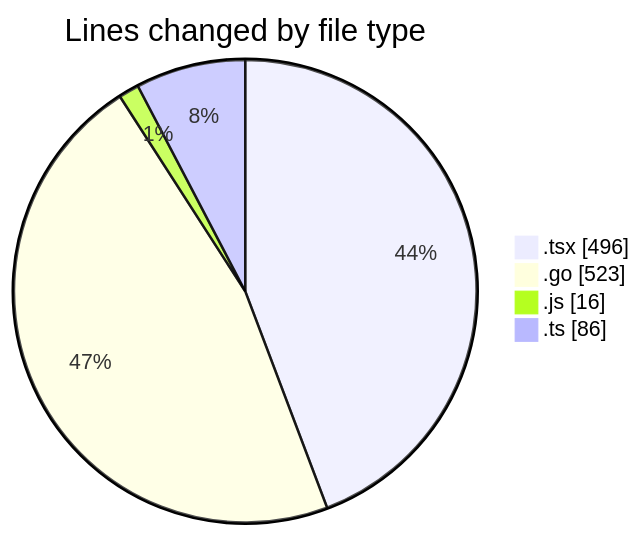
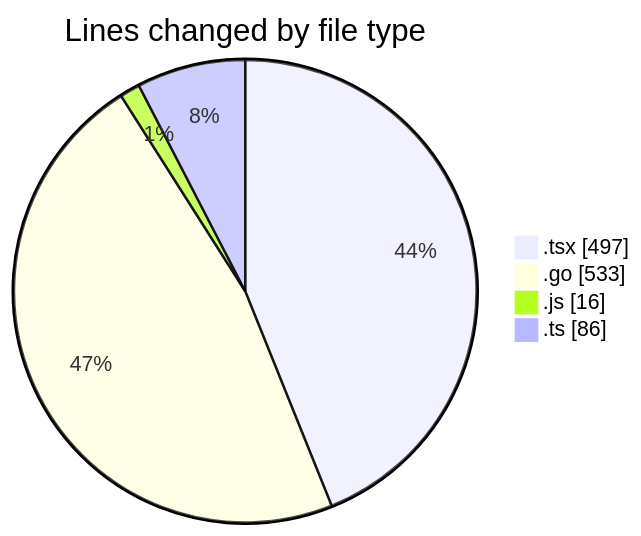
The first of 2 diagrams in 2025-03-04/termonied_testador/README.md (robertbonfada/code-tracking), drawn with Mermaid before and after one commit. The commit also changed other lines of this file and 1 other file, not shown here.

````diff
--- a/2025-03-04/termonied_testador/README.md
+++ b/2025-03-04/termonied_testador/README.md
@@ -26,8 +26,8 @@
 ```mermaid
 pie showData
 title Lines changed by file type
-".tsx" : 496
-".go" : 523
+".tsx" : 497
+".go" : 533
 ".js" : 16
 ".ts" : 86
 ```
````
